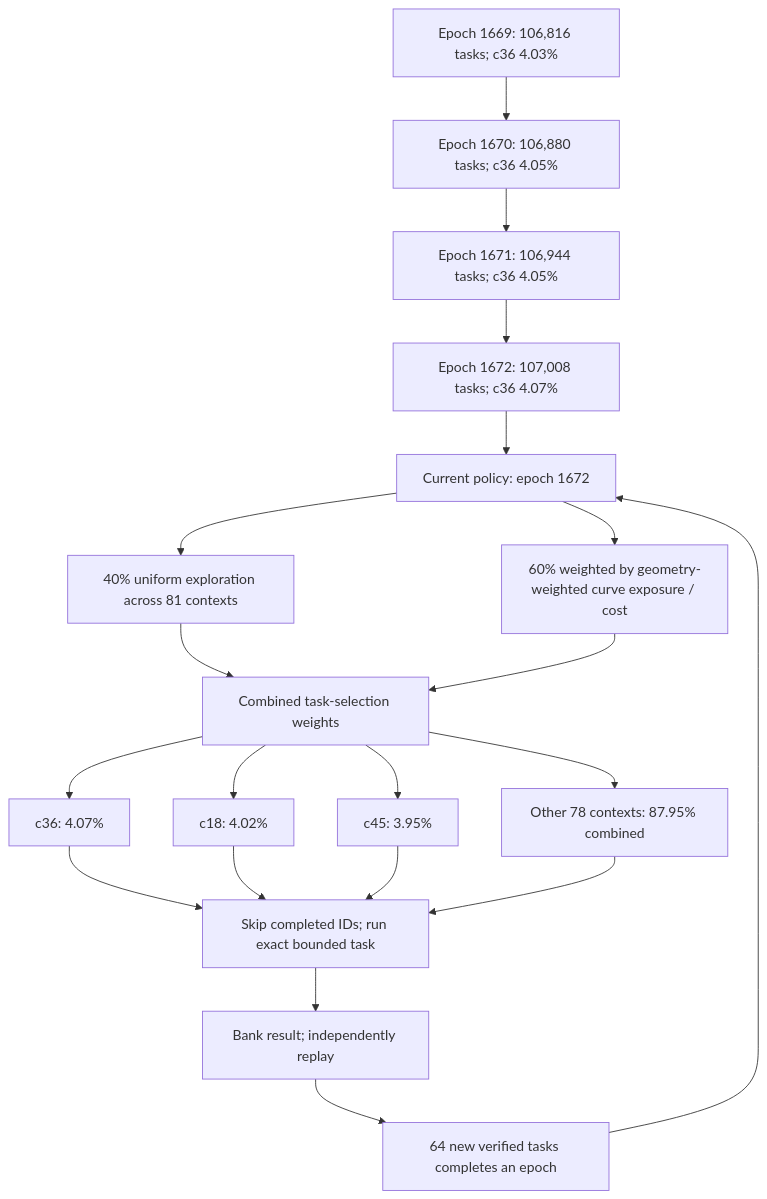
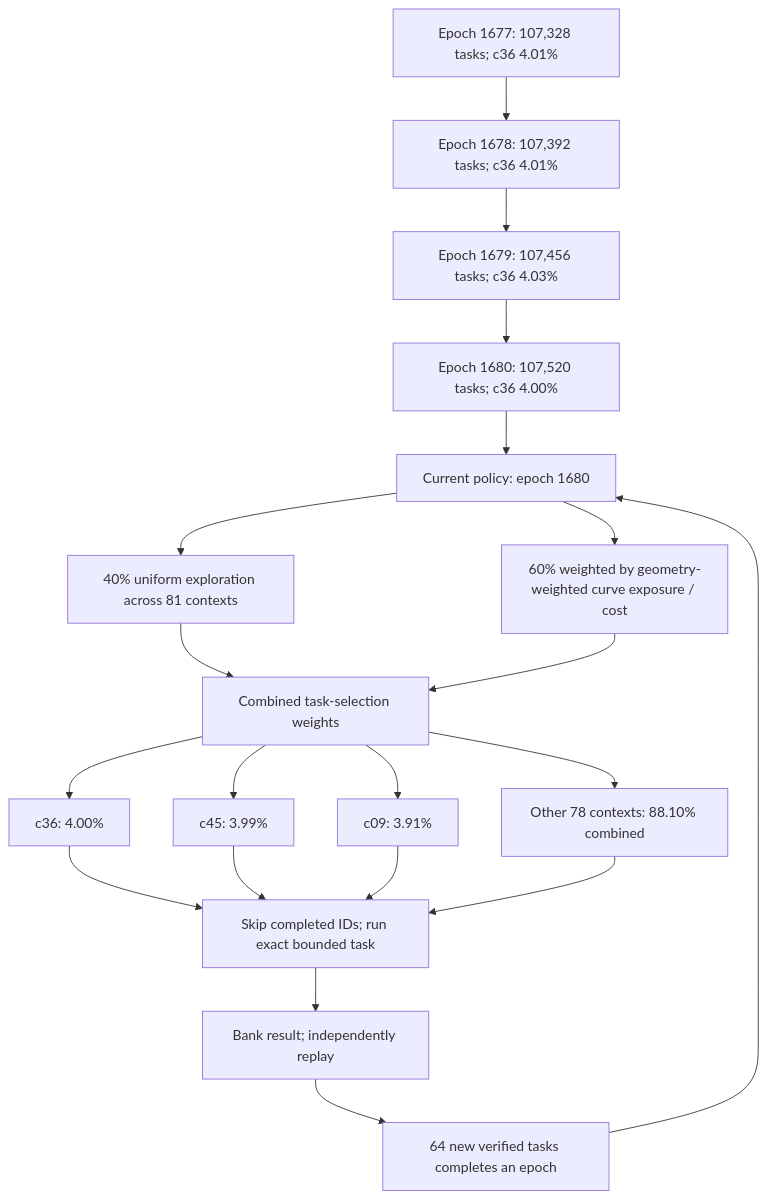
The first of 3 diagrams in README.md (Kuberwastaken/math-gambling), drawn with Mermaid before and after one commit. The commit also changed other lines of this file and 1136 other files, not shown here.

````diff
--- a/README.md
+++ b/README.md
@@ -56,27 +56,27 @@
 ```mermaid
 flowchart TD
-    H0["Epoch 1669: 106,816 tasks; c36 4.03%"]
-    H1["Epoch 1670: 106,880 tasks; c36 4.05%"]
+    H0["Epoch 1677: 107,328 tasks; c36 4.01%"]
+    H1["Epoch 1678: 107,392 tasks; c36 4.01%"]
     H0 --> H1
-    H2["Epoch 1671: 106,944 tasks; c36 4.05%"]
+    H2["Epoch 1679: 107,456 tasks; c36 4.03%"]
     H1 --> H2
-    H3["Epoch 1672: 107,008 tasks; c36 4.07%"]
+    H3["Epoch 1680: 107,520 tasks; c36 4.00%"]
     H2 --> H3
-    Policy["Current policy: epoch 1672"]
+    Policy["Current policy: epoch 1680"]
     H3 --> Policy
     Policy --> Explore["40% uniform exploration across 81 contexts"]
     Policy --> Cost["60% weighted by geometry-weighted curve exposure / cost"]
     Explore --> Mix["Combined task-selection weights"]
     Cost --> Mix
-    Mix --> C0["c36: 4.07%"]
-    Mix --> C1["c18: 4.02%"]
-    Mix --> C2["c45: 3.95%"]
-    Mix --> Rest["Other 78 contexts: 87.95% combined"]
+    Mix --> C0["c36: 4.00%"]
+    Mix --> C1["c45: 3.99%"]
+    Mix --> C2["c09: 3.91%"]
+    Mix --> Rest["Other 78 contexts: 88.10% combined"]
     C0 --> Check["Skip completed IDs; run exact bounded task"]
     C1 --> Check
     C2 --> Check
     Rest --> Check
     Check --> Replay["Bank result; independently replay"]
     Replay --> Gate["64 new verified tasks completes an epoch"]
     Gate --> Policy
 ```
````
